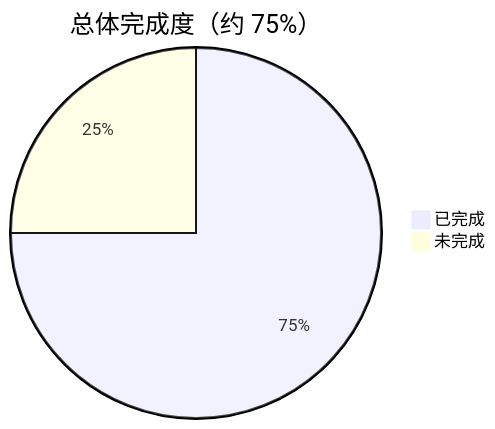
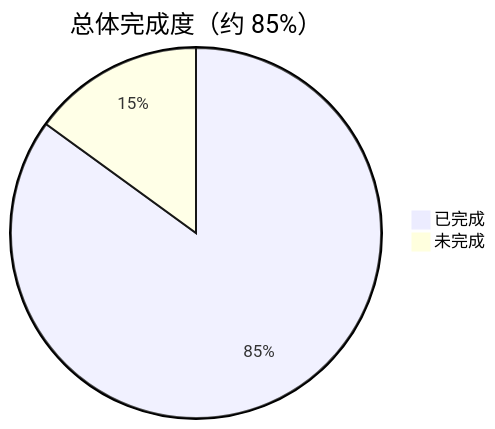
The fifth of 6 diagrams in docs/11-current-flow-and-status.md (LingByte/LingVoice), drawn with Mermaid before and after one commit. The commit also changed other lines of this file and 4 other files, not shown here.

````diff
--- a/docs/11-current-flow-and-status.md
+++ b/docs/11-current-flow-and-status.md
@@ -200,5 +205,5 @@
 ```mermaid
-pie title 总体完成度（约 75%）
-    "已完成" : 75
-    "未完成" : 25
+pie title 总体完成度（约 85%）
+    "已完成" : 85
+    "未完成" : 15
 ```
````
